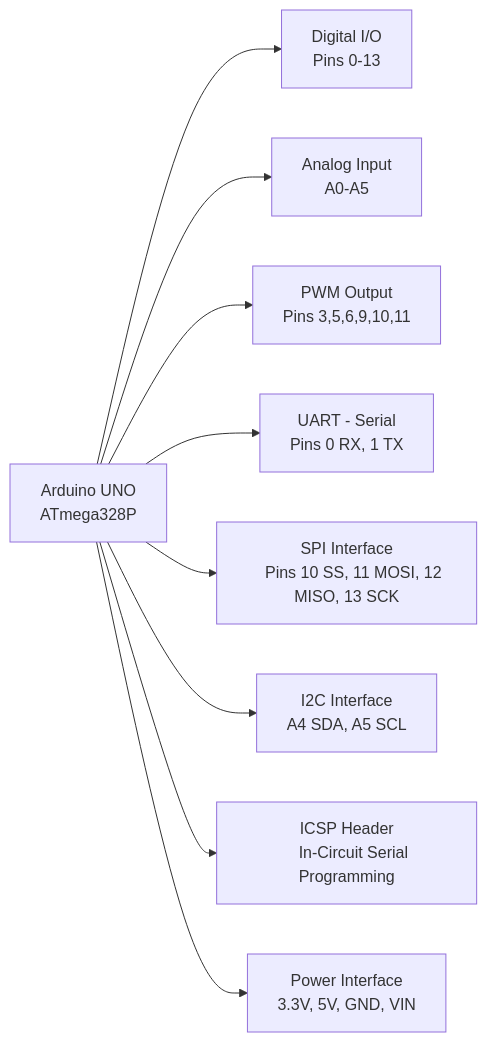
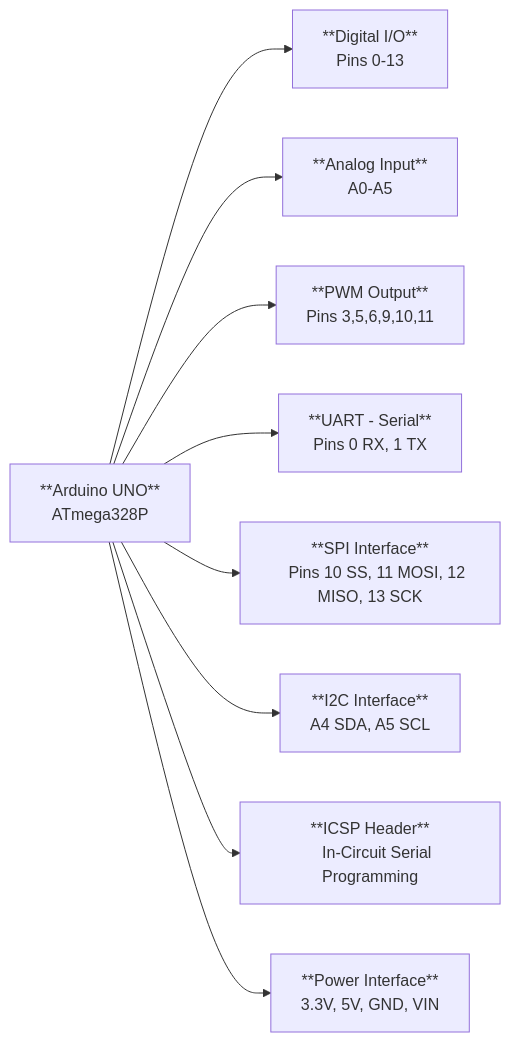
Before and after one commit to lazgaming70/IOT-CIA-1: the fifth of 13 diagrams in Unofficial-QB/Unofficial-QB-Claude-Ans.md, drawn with Mermaid. The commit also changed other lines of this file, not shown here.

Commit message:
Bolded some box titles in mermaidjs code blocks

````diff
--- a/Unofficial-QB/Unofficial-QB-Claude-Ans.md
+++ b/Unofficial-QB/Unofficial-QB-Claude-Ans.md
@@ -688,20 +688,20 @@
 ```mermaid
 flowchart LR
-    UNO[Arduino UNO
-    ATmega328P] --> DIO[Digital I/O
+    UNO[**Arduino UNO**
+    ATmega328P] --> DIO[**Digital I/O**
     Pins 0-13]
-    UNO --> AIO[Analog Input
+    UNO --> AIO[**Analog Input**
     A0-A5]
-    UNO --> PWM[PWM Output
+    UNO --> PWM[**PWM Output**
     Pins 3,5,6,9,10,11]
-    UNO --> UART[UART - Serial
+    UNO --> UART[**UART - Serial**
     Pins 0 RX, 1 TX]
-    UNO --> SPI_IF[SPI Interface
+    UNO --> SPI_IF[**SPI Interface**
     Pins 10 SS, 11 MOSI, 12 MISO, 13 SCK]
-    UNO --> I2C_IF[I2C Interface
+    UNO --> I2C_IF[**I2C Interface**
     A4 SDA, A5 SCL]
-    UNO --> ICSP[ICSP Header
+    UNO --> ICSP[**ICSP Header**
     In-Circuit Serial Programming]
-    UNO --> PWR[Power Interface
+    UNO --> PWR[**Power Interface**
     3.3V, 5V, GND, VIN]
 ```
````
